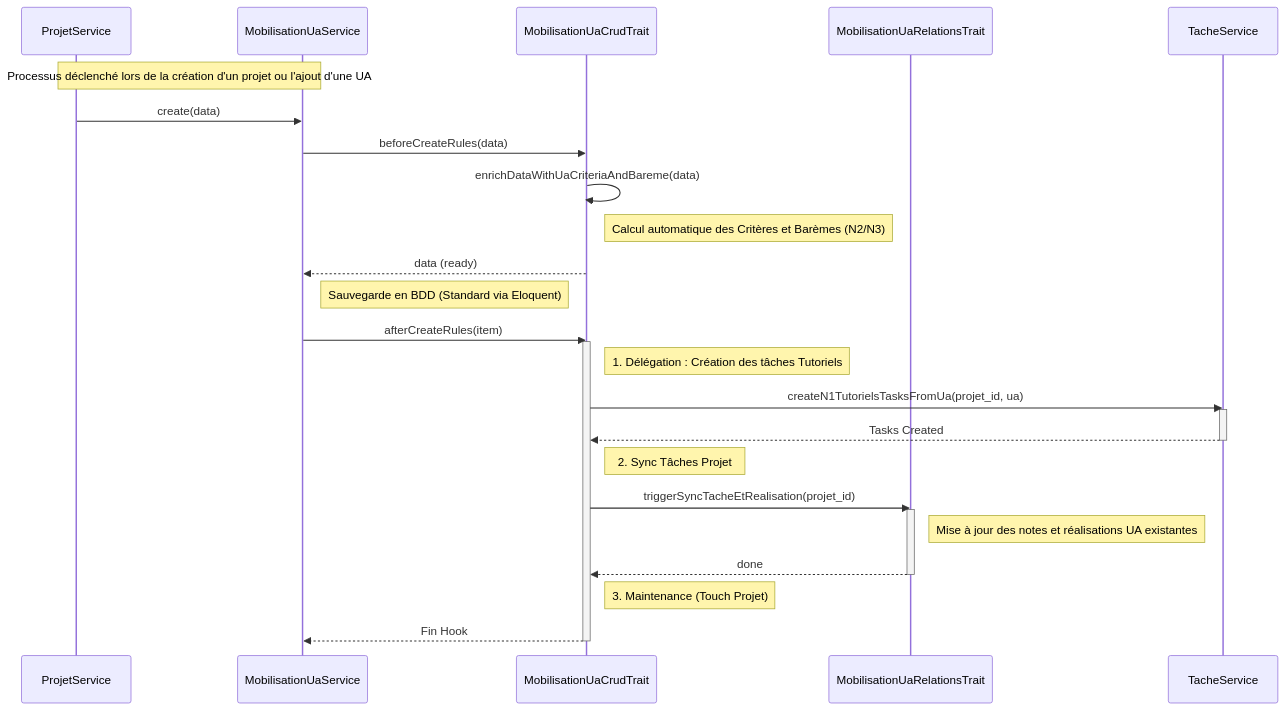
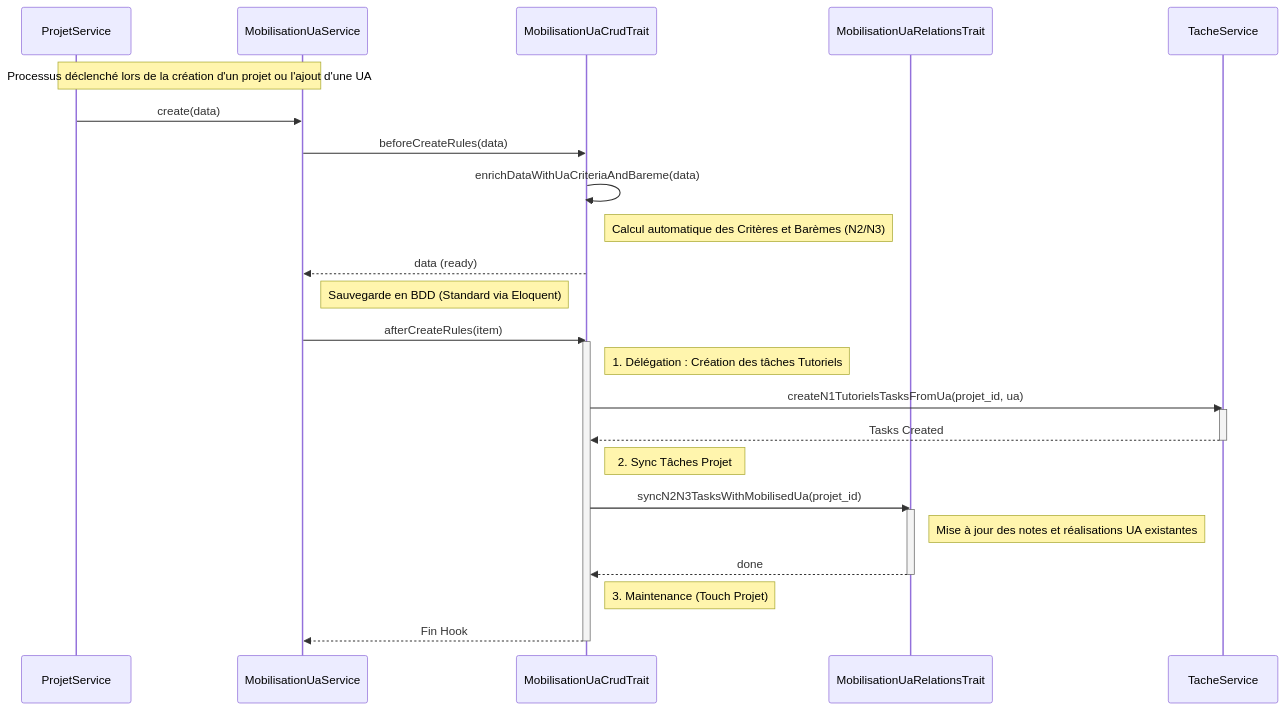
The diagram in docs/1.scenarios/PkgCreationProjet/MobilisationUa/mobilisation_ua_creation.scenario.mmd (solicode-lms/app), drawn with Mermaid before and after one commit. The commit also changed 2 other files, not shown here.

```diff
--- a/docs/1.scenarios/PkgCreationProjet/MobilisationUa/mobilisation_ua_creation.scenario.mmd
+++ b/docs/1.scenarios/PkgCreationProjet/MobilisationUa/mobilisation_ua_creation.scenario.mmd
@@ -1,37 +1,37 @@
 sequenceDiagram
     participant PS as ProjetService
     participant MS as MobilisationUaService
     participant MCT as MobilisationUaCrudTrait
     participant MRT as MobilisationUaRelationsTrait
     participant TS as TacheService
 
     Note over PS, MS: Processus déclenché lors de la création d'un projet ou l'ajout d'une UA
 
     PS->>MS: create(data)
     MS->>MCT: beforeCreateRules(data)
     MCT->>MCT: enrichDataWithUaCriteriaAndBareme(data)
     Note right of MCT: Calcul automatique des Critères et Barèmes (N2/N3)
     MCT-->>MS: data (ready)
 
     Note right of MS: Sauvegarde en BDD (Standard via Eloquent)
 
     MS->>MCT: afterCreateRules(item)
     activate MCT
 
     Note right of MCT: 1. Délégation : Création des tâches Tutoriels
     MCT->>TS: createN1TutorielsTasksFromUa(projet_id, ua)
     activate TS
     TS-->>MCT: Tasks Created
     deactivate TS
 
     Note right of MCT: 2. Sync Tâches Projet
-    MCT->>MRT: triggerSyncTacheEtRealisation(projet_id)
+    MCT->>MRT: syncN2N3TasksWithMobilisedUa(projet_id)
     activate MRT
     Note right of MRT: Mise à jour des notes et réalisations UA existantes
     MRT-->>MCT: done
     deactivate MRT
 
     Note right of MCT: 3. Maintenance (Touch Projet)
 
     MCT-->>MS: Fin Hook
     deactivate MCT
```
